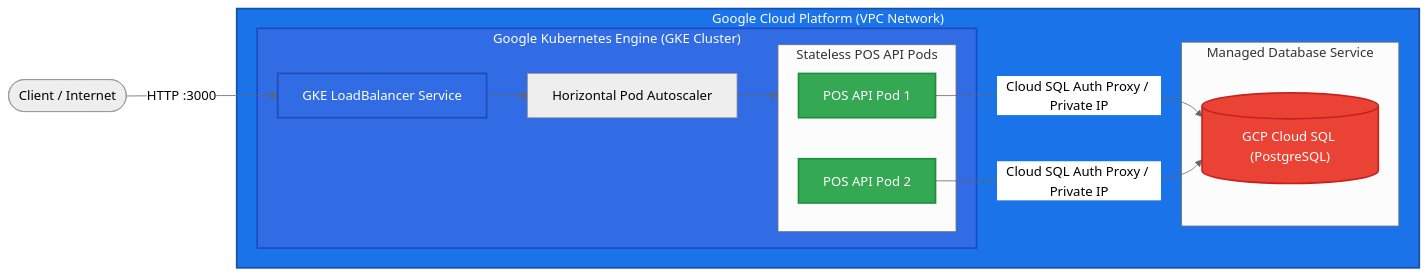
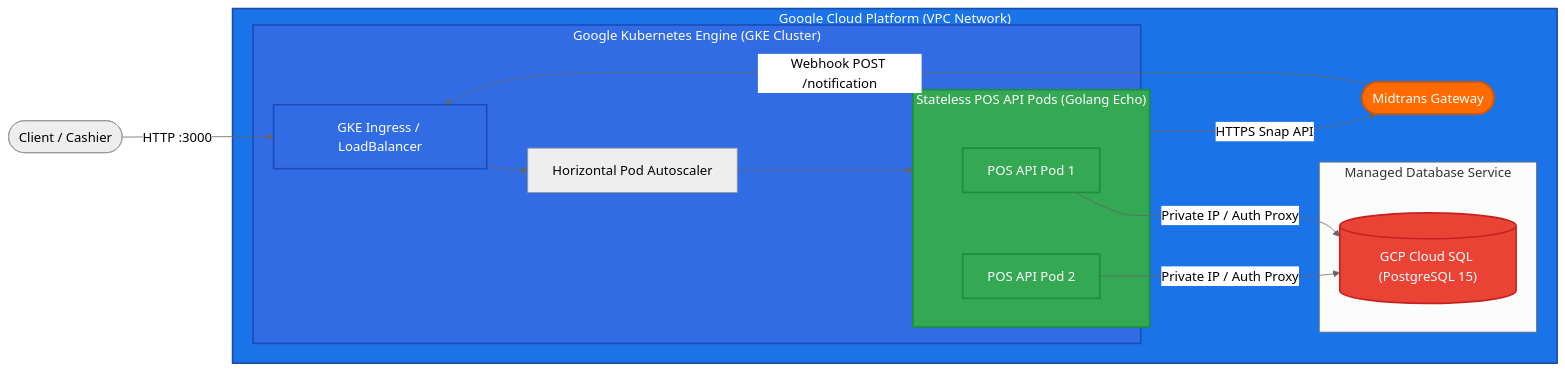
The first of 2 diagrams in README.md (goesbams/simple-pos-with-terraform), drawn with Mermaid (neutral theme) before and after one commit.

Commit message:
docs: update architecture overview with GKE Ingress and Midtrans webhook interaction

````diff
--- a/README.md
+++ b/README.md
@@ -19,35 +19,39 @@
 ```mermaid
 flowchart LR
-    Client([Client / Internet]) -->|HTTP :3000| K8sService[GKE LoadBalancer Service]
+    Client([Client / Cashier]) -->|HTTP :3000| Ingress[GKE Ingress / LoadBalancer]
+    Midtrans([Midtrans Gateway]) -->|Webhook POST /notification| Ingress
 
     subgraph GCP["Google Cloud Platform (VPC Network)"]
         
         subgraph GKE["Google Kubernetes Engine (GKE Cluster)"]
-            K8sService --> HPA[Horizontal Pod Autoscaler]
+            Ingress --> HPA[Horizontal Pod Autoscaler]
             
-            subgraph Pods["Stateless POS API Pods"]
+            subgraph Pods["Stateless POS API Pods (Golang Echo)"]
                 Pod1["POS API Pod 1"]
                 Pod2["POS API Pod 2"]
             end
             
             HPA --> Pods
         end
         
         subgraph DatabaseInstance["Managed Database Service"]
-            CloudSQL[("GCP Cloud SQL (PostgreSQL)")]
+            CloudSQL[("GCP Cloud SQL (PostgreSQL 15)")]
         end
         
-        Pod1 -->|Cloud SQL Auth Proxy / Private IP| CloudSQL
-        Pod2 -->|Cloud SQL Auth Proxy / Private IP| CloudSQL
+        Pod1 -->|Private IP / Auth Proxy| CloudSQL
+        Pod2 -->|Private IP / Auth Proxy| CloudSQL
+        Pods -->|HTTPS Snap API| Midtrans
     end
 
     classDef gcpStyle fill:#1a73e8,stroke:#174ea6,stroke-width:2px,color:#fff;
     classDef k8sStyle fill:#326ce5,stroke:#1b4bbd,stroke-width:2px,color:#fff;
     classDef podStyle fill:#34a853,stroke:#1e8e3e,stroke-width:2px,color:#fff;
     classDef dbStyle fill:#ea4335,stroke:#c5221f,stroke-width:2px,color:#fff;
+    classDef midtransStyle fill:#ff6b00,stroke:#d45500,stroke-width:2px,color:#fff;
 
     class GCP gcpStyle;
-    class GKE,K8sService k8sStyle;
-    class Pod1,Pod2 podStyle;
+    class GKE,Ingress k8sStyle;
+    class Pods,Pod1,Pod2 podStyle;
     class CloudSQL dbStyle;
+    class Midtrans midtransStyle;
 ```
````
